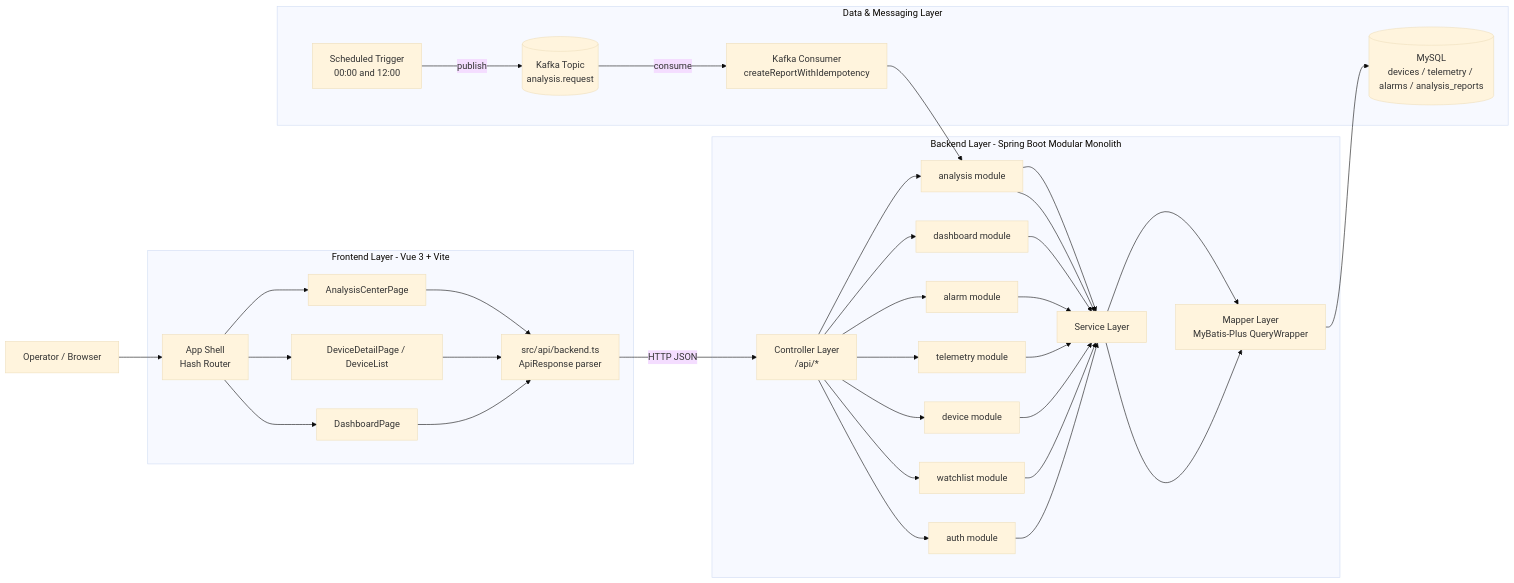
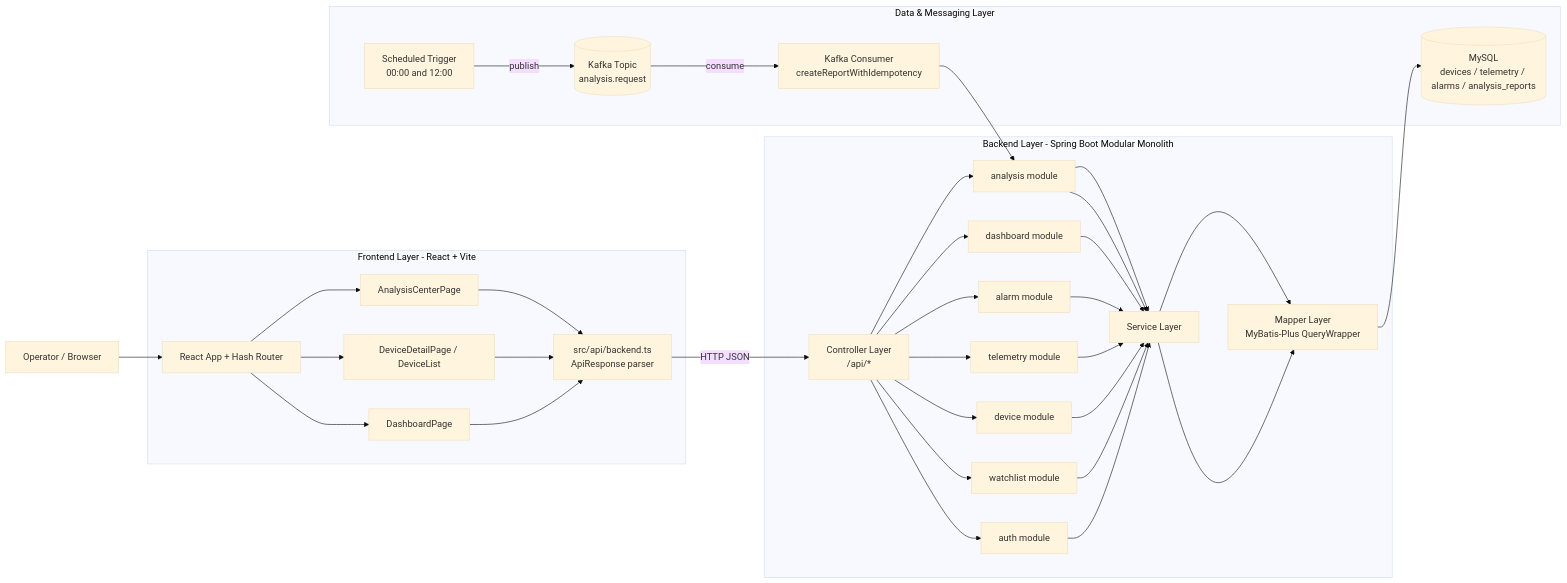
The first of 2 diagrams in README.md (zzulfy/TwinOps), drawn with Mermaid (base theme) before and after one commit. The commit also changed other lines of this file and 138 other files, not shown here.

````diff
--- a/README.md
+++ b/README.md
@@ -8,62 +8,62 @@
 ```mermaid
 flowchart LR
     U[Operator / Browser]
 
-    subgraph FE_LAYER[Frontend Layer - Vue 3 + Vite]
-      FE_APP[App Shell<br/>Hash Router]
+    subgraph FE_LAYER[Frontend Layer - React + Vite]
+      FE_APP[React App + Hash Router]
       FE_DASH[DashboardPage]
       FE_DEV[DeviceDetailPage / DeviceList]
       FE_ANALYSIS[AnalysisCenterPage]
       FE_API[src/api/backend.ts<br/>ApiResponse parser]
       FE_APP --> FE_DASH
       FE_APP --> FE_DEV
       FE_APP --> FE_ANALYSIS
       FE_DASH --> FE_API
       FE_DEV --> FE_API
       FE_ANALYSIS --> FE_API
     end
 
     subgraph BE_LAYER[Backend Layer - Spring Boot Modular Monolith]
       BE_CTRL[Controller Layer<br/>/api/*]
       BE_AUTH[auth module]
       BE_WATCH[watchlist module]
       BE_DEVICE[device module]
       BE_TELEMETRY[telemetry module]
       BE_ALARM[alarm module]
       BE_DASH[dashboard module]
       BE_ANALYSIS[analysis module]
       BE_SERVICE[Service Layer]
       BE_MAPPER[Mapper Layer<br/>MyBatis-Plus QueryWrapper]
       BE_CTRL --> BE_AUTH
       BE_CTRL --> BE_WATCH
       BE_CTRL --> BE_DEVICE
       BE_CTRL --> BE_TELEMETRY
       BE_CTRL --> BE_ALARM
       BE_CTRL --> BE_DASH
       BE_CTRL --> BE_ANALYSIS
       BE_AUTH --> BE_SERVICE
       BE_WATCH --> BE_SERVICE
       BE_DEVICE --> BE_SERVICE
       BE_TELEMETRY --> BE_SERVICE
       BE_ALARM --> BE_SERVICE
       BE_DASH --> BE_SERVICE
       BE_ANALYSIS --> BE_SERVICE
       BE_SERVICE --> BE_MAPPER
     end
 
     subgraph DATA_LAYER[Data & Messaging Layer]
       DB[(MySQL<br/>devices / telemetry / alarms / analysis_reports)]
       SCH["Scheduled Trigger<br/>00:00 and 12:00"]
       MQ[(Kafka Topic<br/>analysis.request)]
       CON[Kafka Consumer<br/>createReportWithIdempotency]
     end
 
     U --> FE_APP
     FE_API -->|HTTP JSON| BE_CTRL
     BE_MAPPER --> DB
     SCH -->|publish| MQ
     MQ -->|consume| CON
     CON --> BE_ANALYSIS
     BE_ANALYSIS --> BE_SERVICE
     BE_SERVICE --> BE_MAPPER
 ```
````
